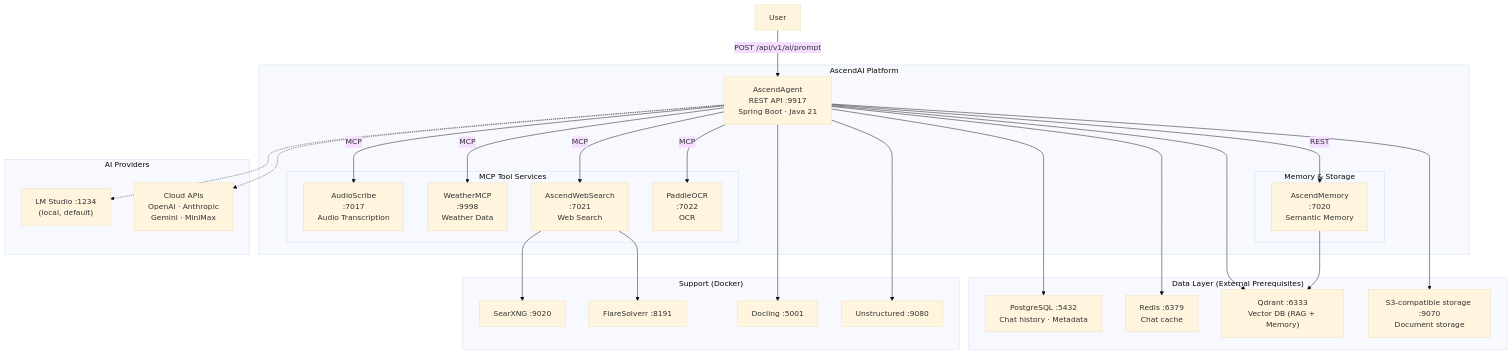
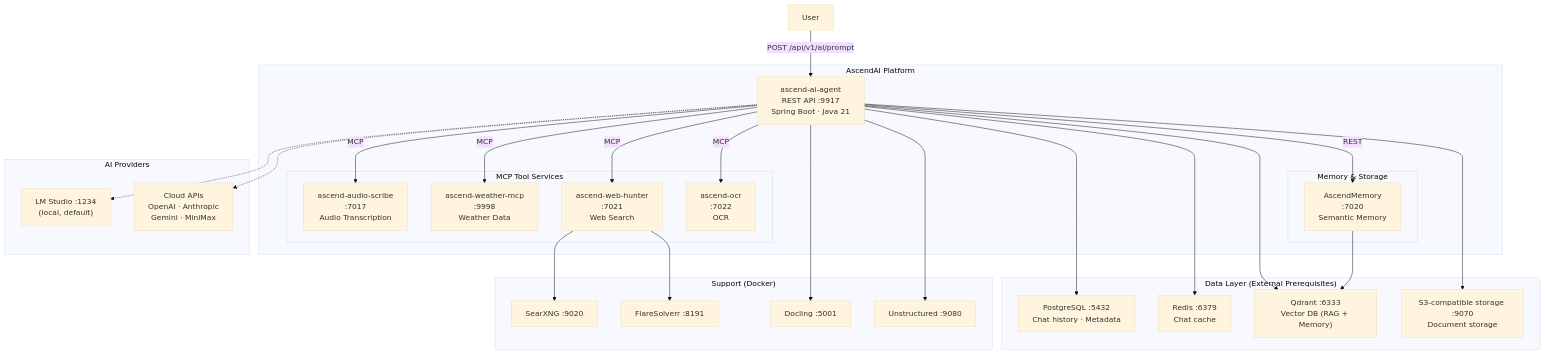
One commit to Lukk17/AscendAI changed the diagram in docs/architecture/diagrams/system-overview.md. Above: the diagram before and after it, drawn with Mermaid (base theme). The commit also changed other lines of this file and 2152 other files, not shown here.

````diff
--- a/docs/architecture/diagrams/system-overview.md
+++ b/docs/architecture/diagrams/system-overview.md
@@ -3,60 +3,60 @@
 ```mermaid
 graph TB
     User["User"]
 
     subgraph "AscendAI Platform"
-        Agent["AscendAgent<br/>REST API :9917<br/>Spring Boot · Java 21"]
+        Agent["ascend-ai-agent<br/>REST API :9917<br/>Spring Boot · Java 21"]
 
         subgraph "MCP Tool Services"
-            AudioScribe["AudioScribe<br/>:7017<br/>Audio Transcription"]
-            Weather["WeatherMCP<br/>:9998<br/>Weather Data"]
-            WebSearch["AscendWebSearch<br/>:7021<br/>Web Search"]
-            PaddleOCR["PaddleOCR<br/>:7022<br/>OCR"]
+            AudioScribe["ascend-audio-scribe<br/>:7017<br/>Audio Transcription"]
+            Weather["ascend-weather-mcp<br/>:9998<br/>Weather Data"]
+            WebHunter["ascend-web-hunter<br/>:7021<br/>Web Search"]
+            PaddleOCR["ascend-ocr<br/>:7022<br/>OCR"]
         end
 
         subgraph "Memory & Storage"
             Memory["AscendMemory<br/>:7020<br/>Semantic Memory"]
         end
     end
 
     subgraph "AI Providers"
         Local["LM Studio :1234<br/>(local, default)"]
         Cloud["Cloud APIs<br/>OpenAI · Anthropic<br/>Gemini · MiniMax"]
     end
 
     subgraph "Data Layer (External Prerequisites)"
         PG["PostgreSQL :5432<br/>Chat history · Metadata"]
         RD["Redis :6379<br/>Chat cache"]
         QD["Qdrant :6333<br/>Vector DB (RAG + Memory)"]
         S3["S3-compatible storage :9070<br/>Document storage"]
     end
 
     subgraph "Support (Docker)"
         SX["SearXNG :9020"]
         FS["FlareSolverr :8191"]
         DL["Docling :5001"]
         UN["Unstructured :9080"]
     end
 
     User -->|"POST /api/v1/ai/prompt"| Agent
 
     Agent -->|"MCP"| AudioScribe
     Agent -->|"MCP"| Weather
-    Agent -->|"MCP"| WebSearch
+    Agent -->|"MCP"| WebHunter
     Agent -->|"MCP"| PaddleOCR
     Agent -->|"REST"| Memory
 
     Agent -.-> Local
     Agent -.-> Cloud
 
     Agent --> PG
     Agent --> RD
     Agent --> QD
     Agent --> S3
     Agent --> DL
     Agent --> UN
 
-    WebSearch --> SX
-    WebSearch --> FS
+    WebHunter --> SX
+    WebHunter --> FS
     Memory --> QD
 ```
````
